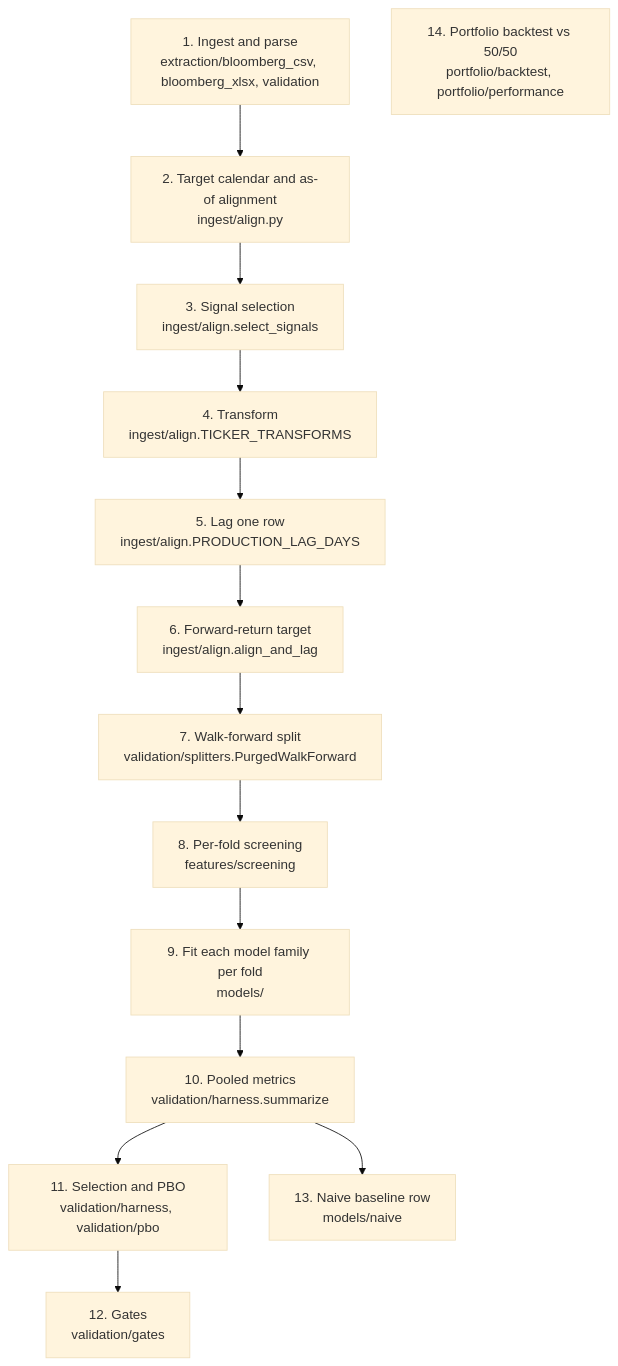
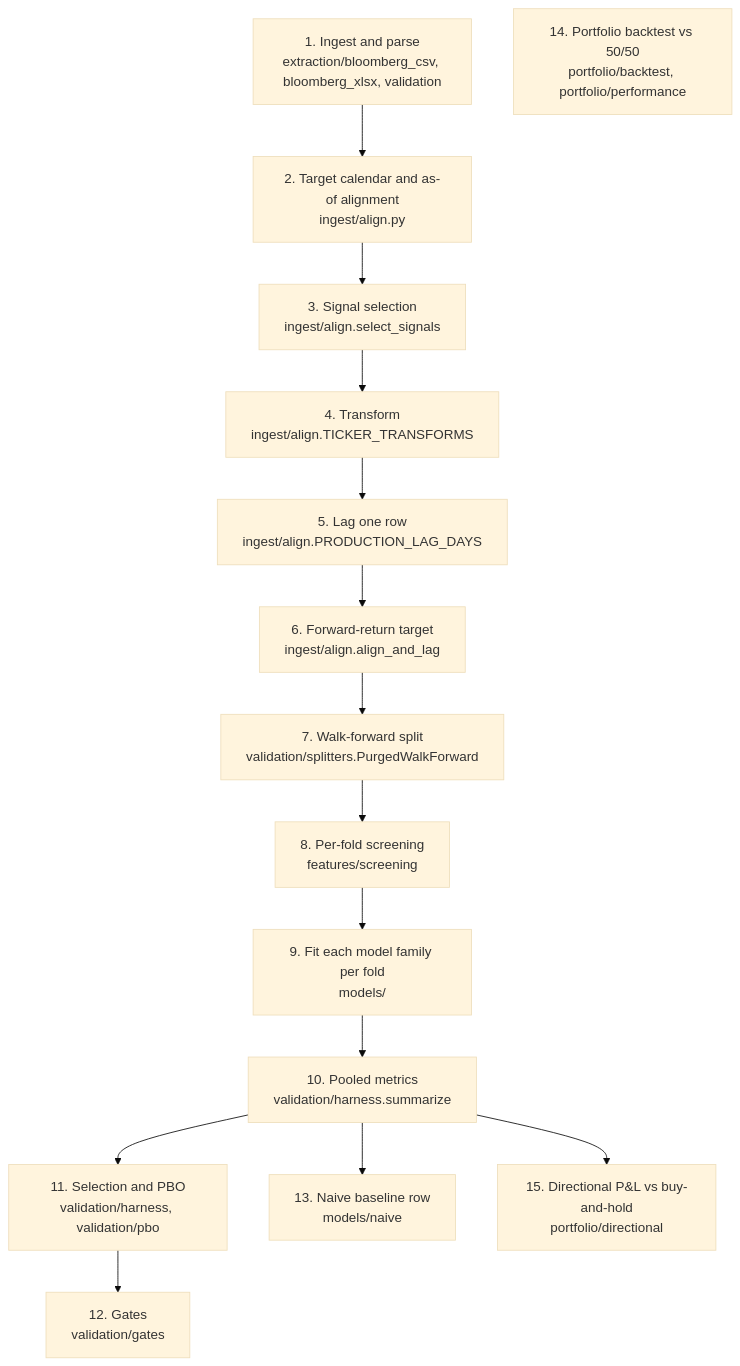
Before and after one commit to QuekKangSheng/forecasting-engine: the diagram in docs/methodology.md, drawn with Mermaid (base theme). The commit also changed other lines of this file and 17 other files, not shown here.

````diff
--- a/docs/methodology.md
+++ b/docs/methodology.md
@@ -14,17 +14,18 @@
 ```mermaid
 flowchart TD
     A["1. Ingest and parse<br/>extraction/bloomberg_csv, bloomberg_xlsx, validation"] --> B
     B["2. Target calendar and as-of alignment<br/>ingest/align.py"] --> C
     C["3. Signal selection<br/>ingest/align.select_signals"] --> D
     D["4. Transform<br/>ingest/align.TICKER_TRANSFORMS"] --> E
     E["5. Lag one row<br/>ingest/align.PRODUCTION_LAG_DAYS"] --> F
     F["6. Forward-return target<br/>ingest/align.align_and_lag"] --> G
     G["7. Walk-forward split<br/>validation/splitters.PurgedWalkForward"] --> H
     H["8. Per-fold screening<br/>features/screening"] --> I
     I["9. Fit each model family per fold<br/>models/"] --> J
     J["10. Pooled metrics<br/>validation/harness.summarize"] --> K
     K["11. Selection and PBO<br/>validation/harness, validation/pbo"] --> L
     L["12. Gates<br/>validation/gates"]
     J --> M["13. Naive baseline row<br/>models/naive"]
     N["14. Portfolio backtest vs 50/50<br/>portfolio/backtest, portfolio/performance"]
+    J --> O["15. Directional P&L vs buy-and-hold<br/>portfolio/directional"]
 ```
````
